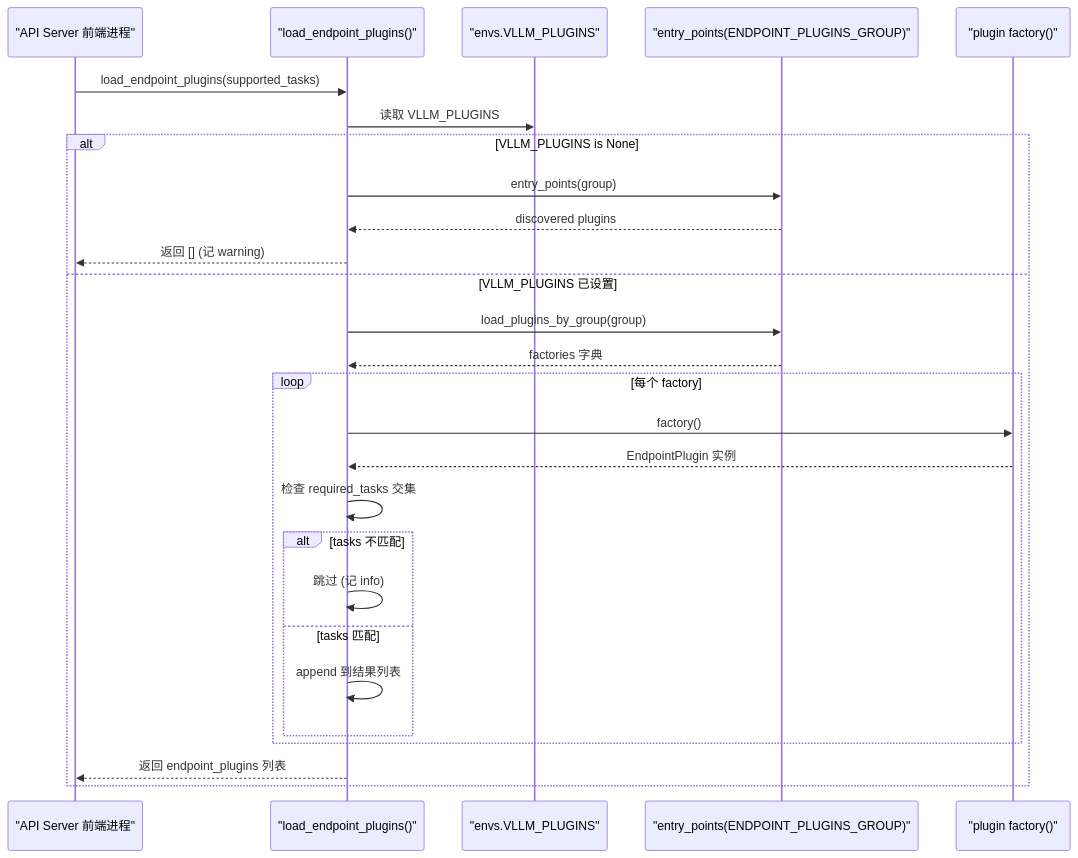
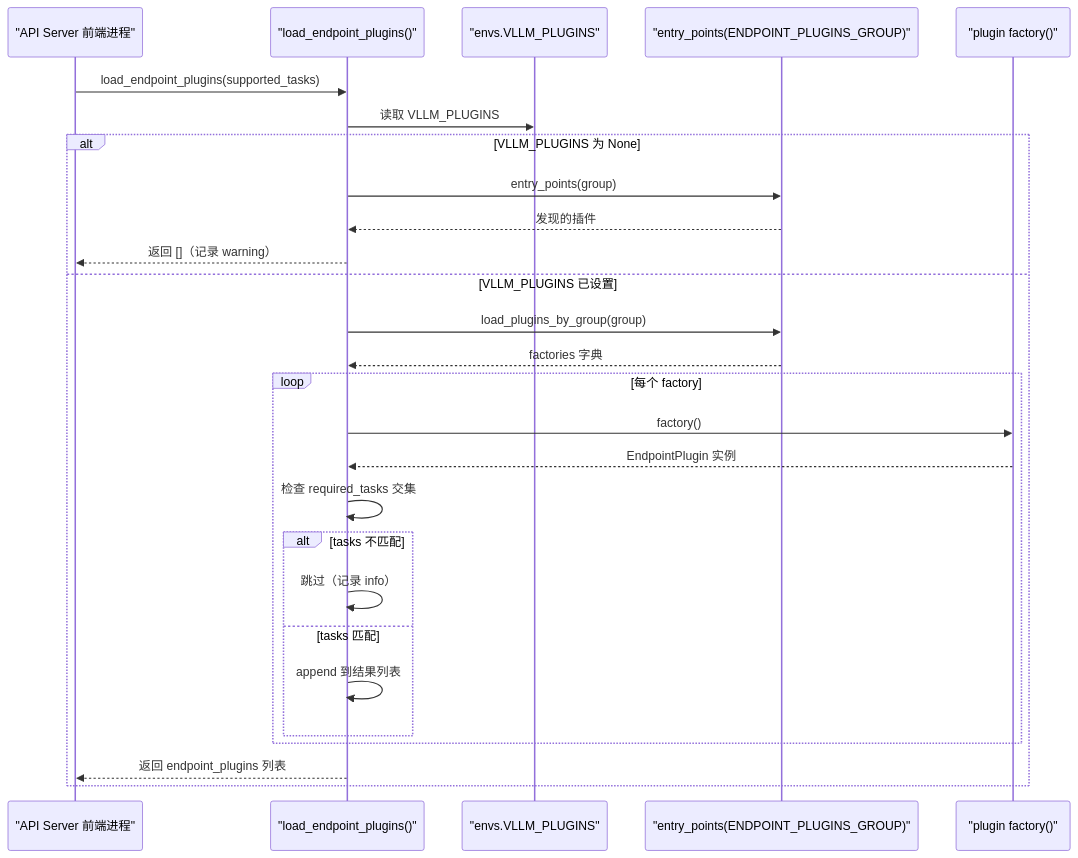
Before and after one commit to maleRjc/AiReadCodeBooks: the second of 2 diagrams in books/vllm/ru/13-production-deployment-and-stability.md, drawn with Mermaid. The commit also changed other lines of this file and 74 other files, not shown here.

````diff
--- a/books/vllm/ru/13-production-deployment-and-stability.md
+++ b/books/vllm/ru/13-production-deployment-and-stability.md
@@ -181,30 +181,30 @@
 ```mermaid
 sequenceDiagram
     participant App as "API Server 前端进程"
     participant Loader as "load_endpoint_plugins()"
     participant Env as "envs.VLLM_PLUGINS"
     participant EP as "entry_points(ENDPOINT_PLUGINS_GROUP)"
     participant Factory as "plugin factory()"
 
     App->>Loader: load_endpoint_plugins(supported_tasks)
     Loader->>Env: 读取 VLLM_PLUGINS
-    alt VLLM_PLUGINS is None
+    alt VLLM_PLUGINS 为 None
         Loader->>EP: entry_points(group)
-        EP-->>Loader: discovered plugins
-        Loader-->>App: 返回 [] (记 warning)
+        EP-->>Loader: 发现的插件
+        Loader-->>App: 返回 []（记录 warning）
     else VLLM_PLUGINS 已设置
         Loader->>EP: load_plugins_by_group(group)
         EP-->>Loader: factories 字典
         loop 每个 factory
             Loader->>Factory: factory()
             Factory-->>Loader: EndpointPlugin 实例
             Loader->>Loader: 检查 required_tasks 交集
             alt tasks 不匹配
-                Loader->>Loader: 跳过 (记 info)
+                Loader->>Loader: 跳过（记录 info）
             else tasks 匹配
                 Loader->>Loader: append 到结果列表
             end
         end
         Loader-->>App: 返回 endpoint_plugins 列表
     end
 ```
````
